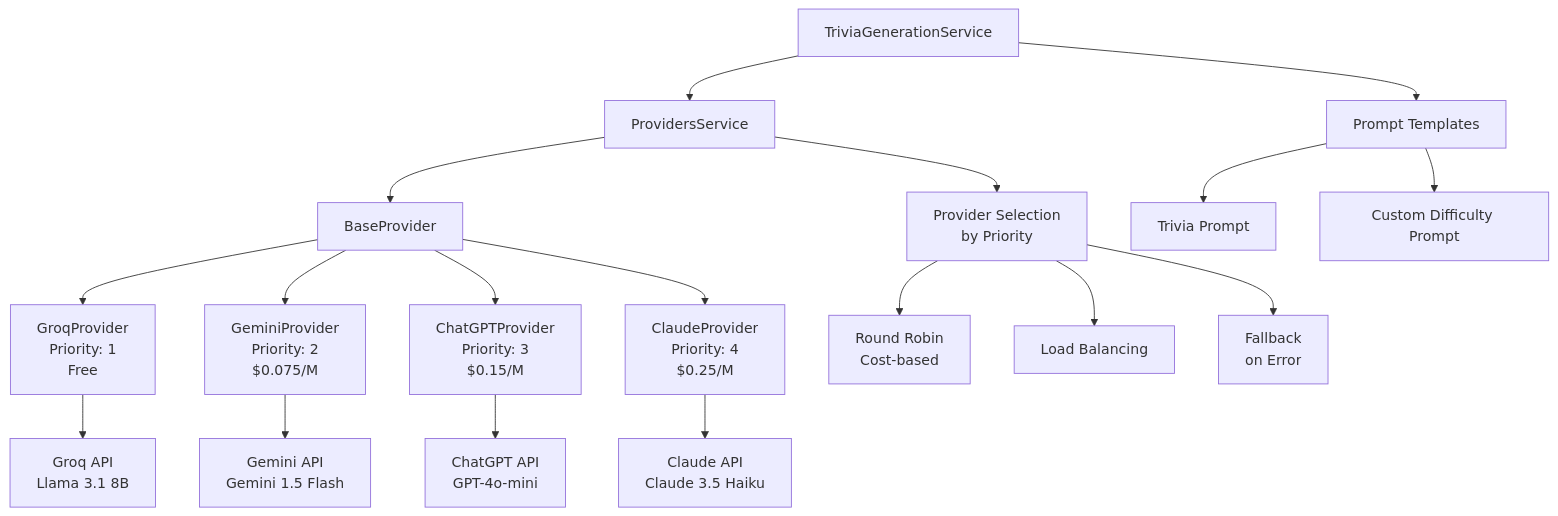
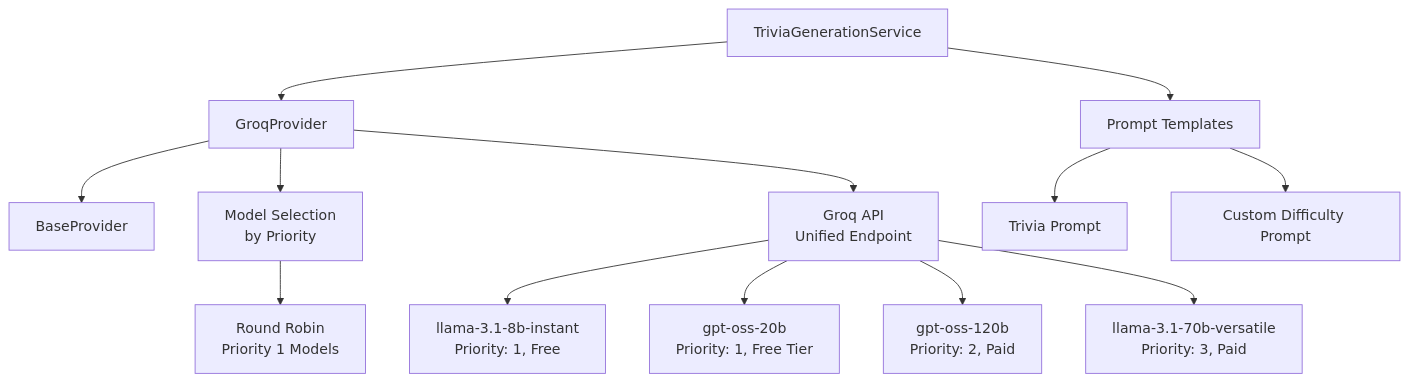
One commit to IsraelRub/EveryTriv changed diagram 12 of 28 in docs/DIAGRAMS.md. Above: the diagram before and after it, drawn with Mermaid. The commit also changed 648 other files, not shown here.

````diff
--- a/docs/DIAGRAMS.md
+++ b/docs/DIAGRAMS.md
@@ -906,23 +906,18 @@
 ```mermaid
 graph TB
-    A[TriviaGenerationService] --> B[ProvidersService]
+    A[TriviaGenerationService] --> B[GroqProvider]
     B --> C[BaseProvider]
-    C --> D[GroqProvider<br/>Priority: 1<br/>Free]
-    C --> E[GeminiProvider<br/>Priority: 2<br/>$0.075/M]
-    C --> F[ChatGPTProvider<br/>Priority: 3<br/>$0.15/M]
-    C --> G[ClaudeProvider<br/>Priority: 4<br/>$0.25/M]
     
-    B --> H[Provider Selection<br/>by Priority]
-    H --> I[Round Robin<br/>Cost-based]
-    H --> J[Load Balancing]
-    H --> K[Fallback<br/>on Error]
+    B --> D[Model Selection<br/>by Priority]
+    D --> E[Round Robin<br/>Priority 1 Models]
     
-    D --> L[Groq API<br/>Llama 3.1 8B]
-    E --> M[Gemini API<br/>Gemini 1.5 Flash]
-    F --> N[ChatGPT API<br/>GPT-4o-mini]
-    G --> O[Claude API<br/>Claude 3.5 Haiku]
+    B --> F[Groq API<br/>Unified Endpoint]
+    F --> G[llama-3.1-8b-instant<br/>Priority: 1, Free]
+    F --> H[gpt-oss-20b<br/>Priority: 1, Free Tier]
+    F --> I[gpt-oss-120b<br/>Priority: 2, Paid]
+    F --> J[llama-3.1-70b-versatile<br/>Priority: 3, Paid]
     
-    A --> P[Prompt Templates]
-    P --> Q[Trivia Prompt]
-    P --> R[Custom Difficulty Prompt]
+    A --> K[Prompt Templates]
+    K --> L[Trivia Prompt]
+    K --> M[Custom Difficulty Prompt]
 ```
````
